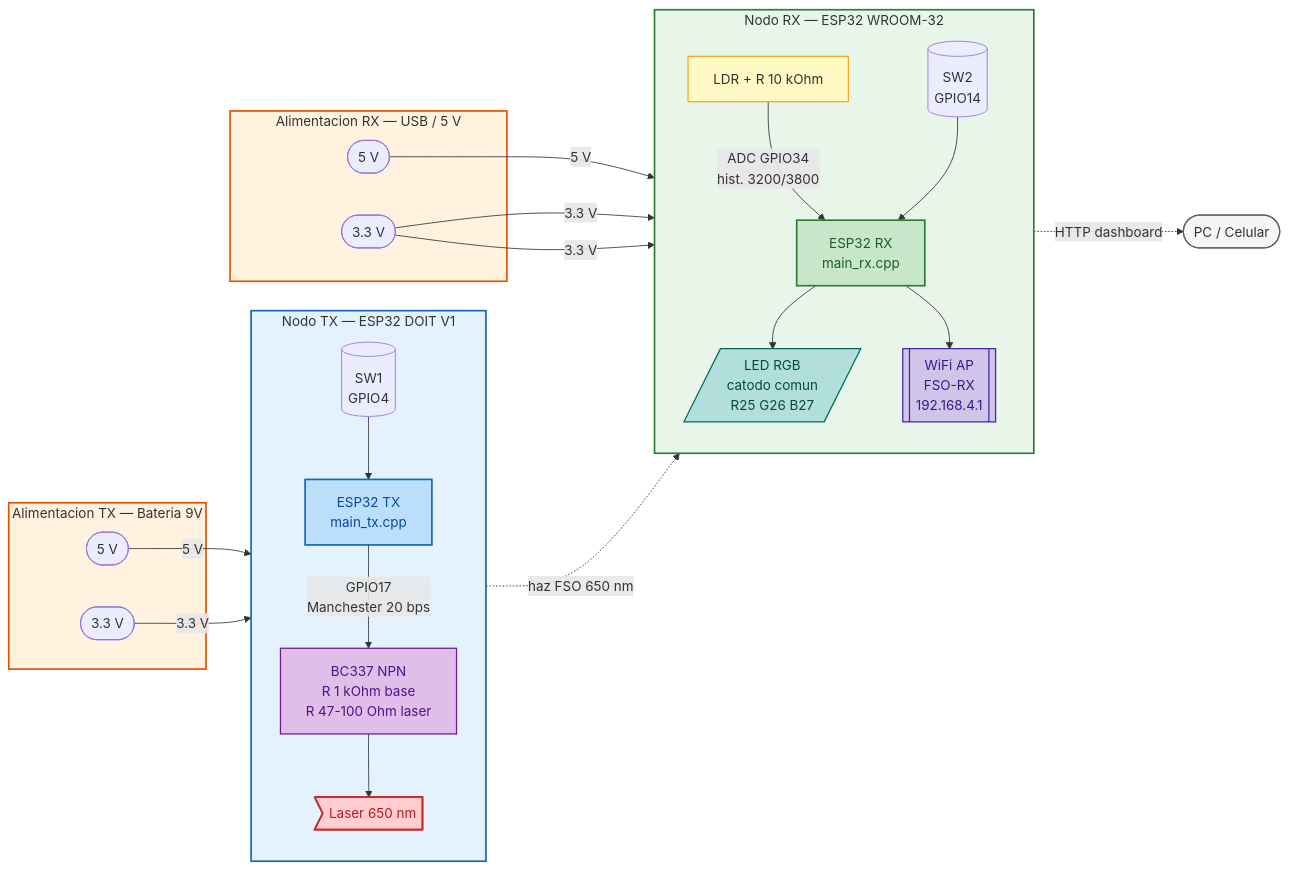
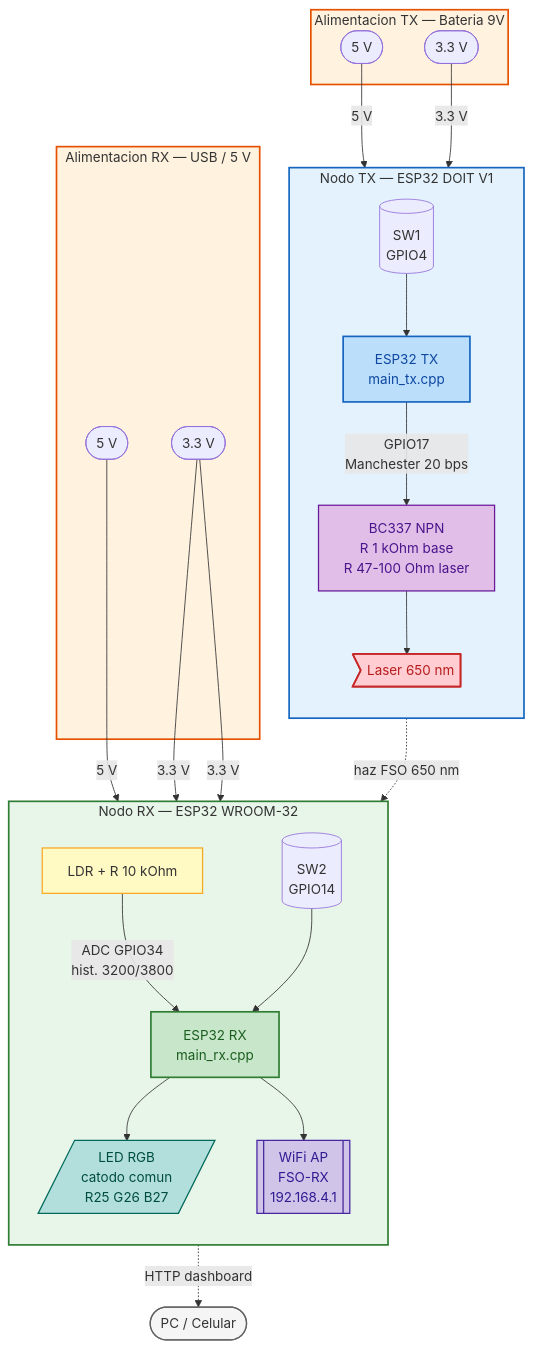
Before and after one commit to martincrespo77/OPTOELECTRONICA: the first of 2 diagrams in docs/DOCUMENTO_TECNICO_OPTOELECTRONICA.md, drawn with Mermaid. The commit also changed 2 other files, not shown here.

Commit message:
docs: cambiar diagrama de bloques a orientacion vertical para mejor ajuste en A4

````diff
--- a/docs/DOCUMENTO_TECNICO_OPTOELECTRONICA.md
+++ b/docs/DOCUMENTO_TECNICO_OPTOELECTRONICA.md
@@ -57,57 +57,57 @@
 ```mermaid
-flowchart LR
+flowchart TD
   subgraph ALIM_TX["Alimentacion TX — Bateria 9V"]
     V5_TX(["5 V"])
     V33_TX(["3.3 V"])
   end
 
   subgraph TX["Nodo TX — ESP32 DOIT V1"]
     direction TB
     BTX[("SW1\nGPIO4")]
     MCU_TX["ESP32 TX\nmain_tx.cpp"]
     DRV["BC337 NPN\nR 1 kOhm base\nR 47-100 Ohm laser"]
     LASER>"Laser 650 nm"]
     BTX --> MCU_TX
     MCU_TX -- "GPIO17\nManchester 20 bps" --> DRV
     DRV --> LASER
   end
 
   subgraph ALIM_RX["Alimentacion RX — USB / 5 V"]
     V5_RX(["5 V"])
     V33_RX(["3.3 V"])
   end
 
   subgraph RX["Nodo RX — ESP32 WROOM-32"]
     direction TB
     LDR_DIV["LDR + R 10 kOhm"]
     MCU_RX["ESP32 RX\nmain_rx.cpp"]
     BRX[("SW2\nGPIO14")]
     RGB[/"LED RGB\ncatodo comun\nR25 G26 B27"/]
     AP[["WiFi AP\nFSO-RX\n192.168.4.1"]]
     LDR_DIV -- "ADC GPIO34\nhist. 3200/3800" --> MCU_RX
     BRX --> MCU_RX
     MCU_RX --> RGB
     MCU_RX --> AP
   end
 
   V5_TX  -- "5 V" --> DRV
   V33_TX -- "3.3 V" --> MCU_TX
   V5_RX  -- "5 V" --> MCU_RX
   V33_RX -- "3.3 V" --> LDR_DIV
   V33_RX -- "3.3 V" --> RGB
   LASER  -. "haz FSO 650 nm" .-> LDR_DIV
   AP     -. "HTTP dashboard"  .-> CLIENT(["PC / Celular"])
 
   style ALIM_TX fill:#FFF3E0,stroke:#E65100,stroke-width:2px,color:#333
   style ALIM_RX fill:#FFF3E0,stroke:#E65100,stroke-width:2px,color:#333
   style TX fill:#E3F2FD,stroke:#1565C0,stroke-width:2px,color:#333
   style RX fill:#E8F5E9,stroke:#2E7D32,stroke-width:2px,color:#333
   style MCU_TX fill:#BBDEFB,stroke:#1565C0,stroke-width:2px,color:#0D47A1
   style MCU_RX fill:#C8E6C9,stroke:#2E7D32,stroke-width:2px,color:#1B5E20
   style LASER fill:#FFCDD2,stroke:#C62828,stroke-width:2px,color:#B71C1C
   style DRV fill:#E1BEE7,stroke:#6A1B9A,stroke-width:1.5px,color:#4A148C
   style LDR_DIV fill:#FFF9C4,stroke:#F9A825,stroke-width:1.5px,color:#333
   style RGB fill:#B2DFDB,stroke:#00695C,stroke-width:1.5px,color:#004D40
   style AP fill:#D1C4E9,stroke:#4527A0,stroke-width:1.5px,color:#311B92
   style CLIENT fill:#F5F5F5,stroke:#616161,stroke-width:1.5px,color:#333
 ```
````
